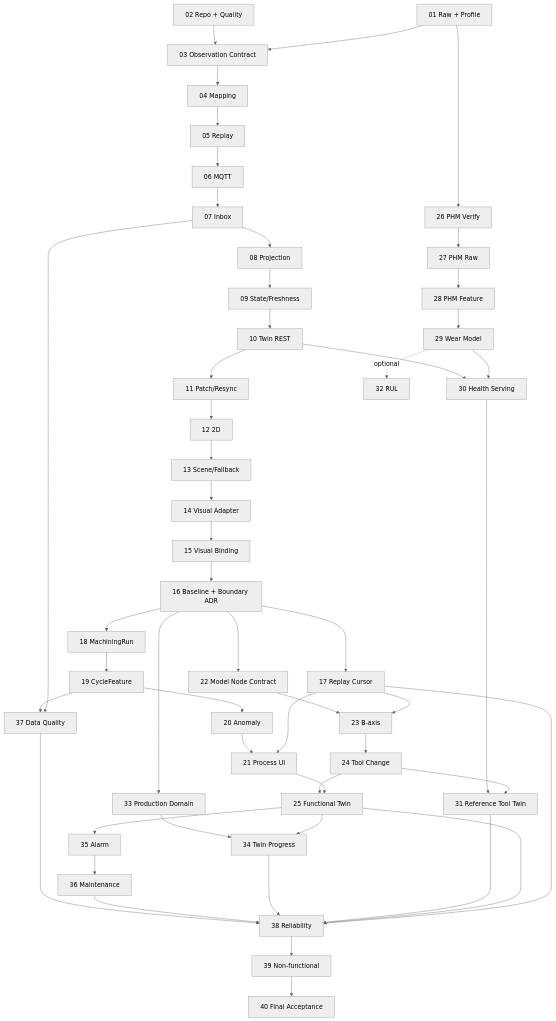
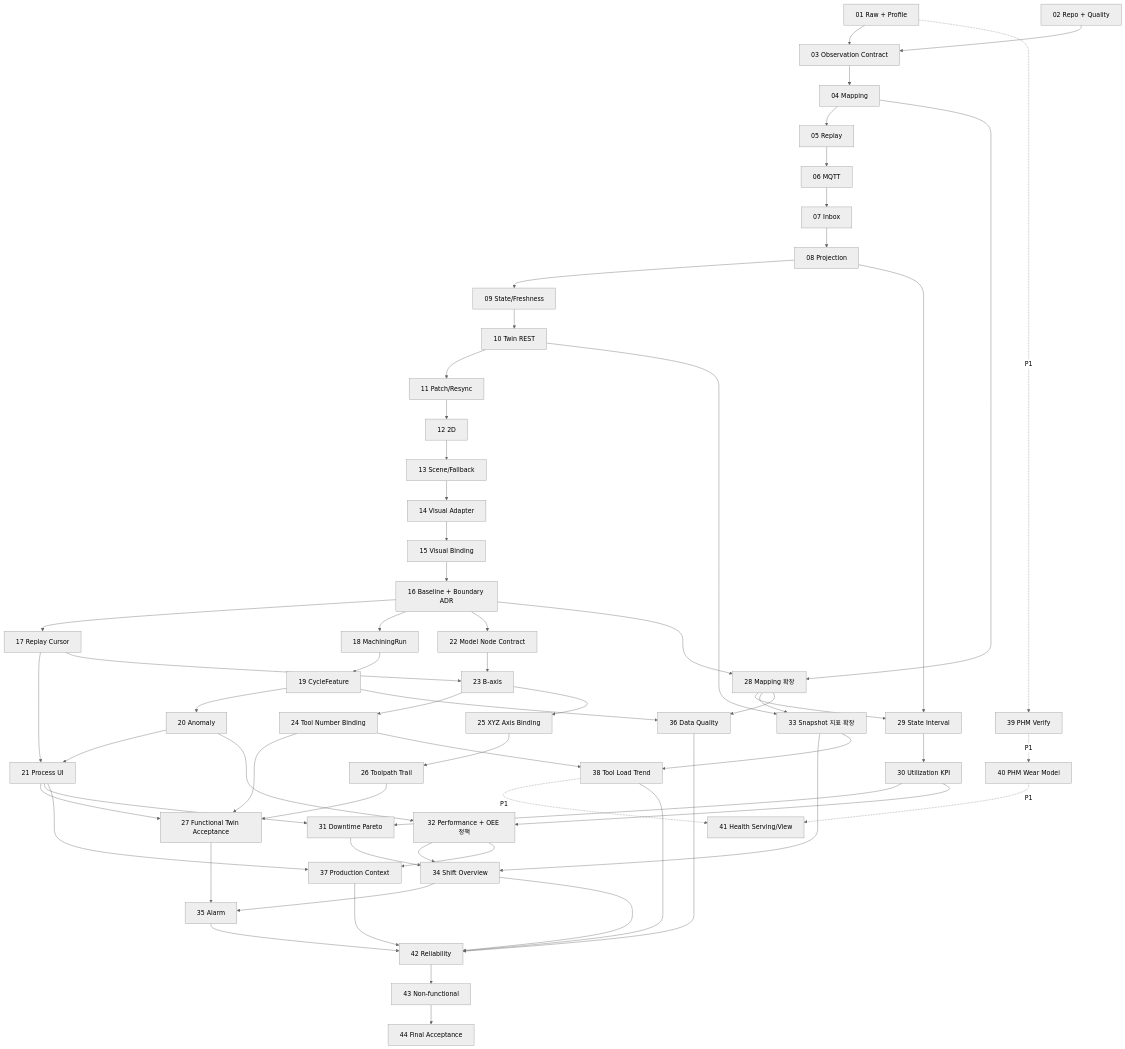
The diagram in docs/development/implementation-steps.md (hsjni0110/forge-sync), drawn with Mermaid (neutral theme) before and after one commit. The commit also changed other lines of this file and 1 other file, not shown here.

````diff
--- a/docs/development/implementation-steps.md
+++ b/docs/development/implementation-steps.md
@@ -1059,54 +1266,71 @@
 ```mermaid
 flowchart TD
   S01[01 Raw + Profile] --> S03[03 Observation Contract]
   S02[02 Repo + Quality] --> S03
   S03 --> S04[04 Mapping]
   S04 --> S05[05 Replay]
   S05 --> S06[06 MQTT]
   S06 --> S07[07 Inbox]
   S07 --> S08[08 Projection]
   S08 --> S09[09 State/Freshness]
   S09 --> S10[10 Twin REST]
   S10 --> S11[11 Patch/Resync]
   S11 --> S12[12 2D]
   S12 --> S13[13 Scene/Fallback]
   S13 --> S14[14 Visual Adapter]
   S14 --> S15[15 Visual Binding]
   S15 --> S16[16 Baseline + Boundary ADR]
   S16 --> S17[17 Replay Cursor]
   S16 --> S18[18 MachiningRun]
   S18 --> S19[19 CycleFeature]
   S19 --> S20[20 Anomaly]
   S17 --> S21[21 Process UI]
   S20 --> S21
   S16 --> S22[22 Model Node Contract]
   S17 --> S23[23 B-axis]
   S22 --> S23
-  S23 --> S24[24 Tool Change]
-  S21 --> S25[25 Functional Twin]
-  S24 --> S25
-  S01 --> S26[26 PHM Verify]
-  S26 --> S27[27 PHM Raw]
-  S27 --> S28[28 PHM Feature]
-  S28 --> S29[29 Wear Model]
-  S29 --> S30[30 Health Serving]
-  S10 --> S30
-  S24 --> S31[31 Reference Tool Twin]
+
+  S23 --> S24[24 Tool Number Binding]
+  S23 --> S25[25 XYZ Axis Binding]
+  S25 --> S26[26 Toolpath Trail]
+  S21 --> S27[27 Functional Twin Acceptance]
+  S24 --> S27
+  S26 --> S27
+
+  S04 --> S28[28 Mapping 확장]
+  S16 --> S28
+  S08 --> S29[29 State Interval]
+  S28 --> S29
+  S29 --> S30[30 Utilization KPI]
+  S21 --> S31[31 Downtime Pareto]
   S30 --> S31
-  S29 -. optional .-> S32[32 RUL]
-  S16 --> S33[33 Production Domain]
-  S25 --> S34[34 Twin Progress]
+  S20 --> S32[32 Performance + OEE 정책]
+  S30 --> S32
+  S10 --> S33[33 Snapshot 지표 확장]
+  S28 --> S33
+  S31 --> S34[34 Shift Overview]
+  S32 --> S34
   S33 --> S34
-  S25 --> S35[35 Alarm]
-  S35 --> S36[36 Maintenance]
-  S07 --> S37[37 Data Quality]
-  S19 --> S37
-  S17 --> S38[38 Reliability]
-  S25 --> S38
-  S31 --> S38
-  S34 --> S38
-  S36 --> S38
-  S37 --> S38
-  S38 --> S39[39 Non-functional]
-  S39 --> S40[40 Final Acceptance]
+
+  S27 --> S35[35 Alarm]
+  S34 --> S35
+  S19 --> S36[36 Data Quality]
+  S28 --> S36
+  S21 --> S37[37 Production Context]
+  S32 --> S37
+  S24 --> S38[38 Tool Load Trend]
+  S33 --> S38
+
+  S01 -. P1 .-> S39[39 PHM Verify]
+  S39 -. P1 .-> S40[40 PHM Wear Model]
+  S40 -. P1 .-> S41[41 Health Serving/View]
+  S38 -. P1 .-> S41
+
+  S34 --> S42[42 Reliability]
+  S35 --> S42
+  S36 --> S42
+  S37 --> S42
+  S38 --> S42
+  S42 --> S43[43 Non-functional]
+  S43 --> S44[44 Final Acceptance]
 ```
````
